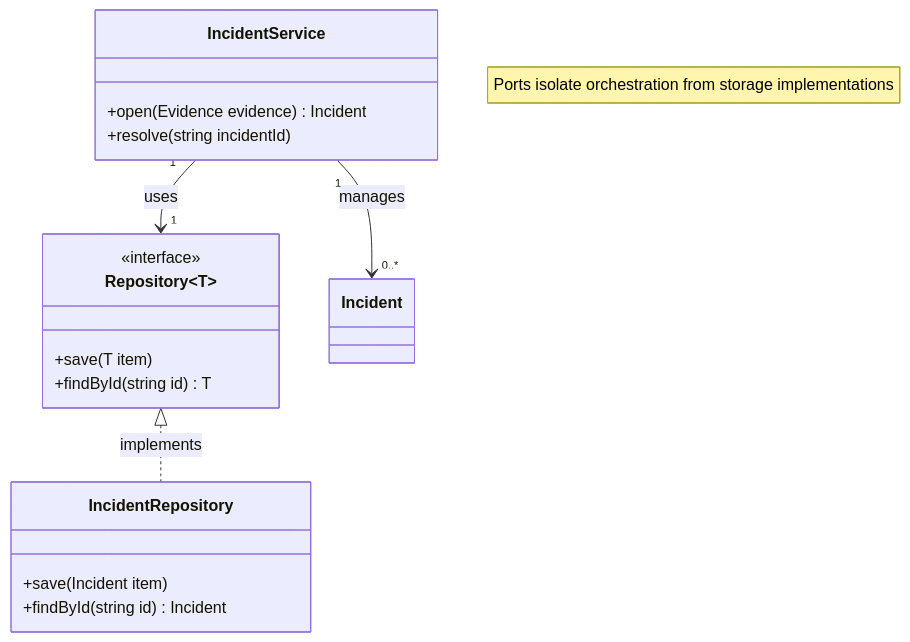
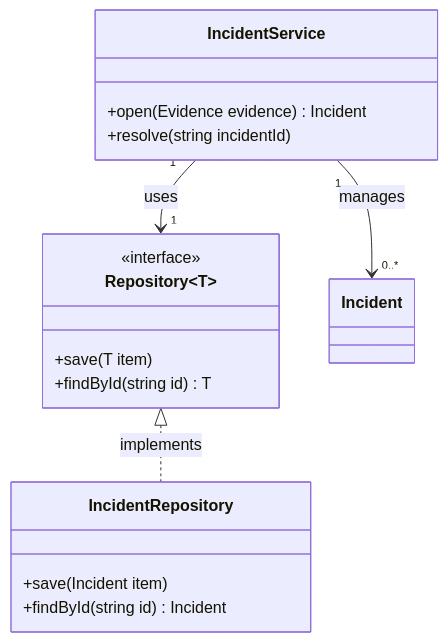
Before and after one commit to mols3131d/mols-agent-assets: the second of 4 diagrams in src/rulesync/.rulesync/skills/mols-mermaid-diagram/references/examples/class-diagram.md, drawn with Mermaid. The commit also changed other lines of this file, not shown here.

Commit message:
docs(mermaid): deepen class diagram guidance

````diff
--- a/src/rulesync/.rulesync/skills/mols-mermaid-diagram/references/examples/class-diagram.md
+++ b/src/rulesync/.rulesync/skills/mols-mermaid-diagram/references/examples/class-diagram.md
@@ -32,24 +67,24 @@
 ```mermaid
 classDiagram
-    note "Ports isolate orchestration from storage implementations"
+    class IncidentService {
+        +open(Evidence evidence) Incident
+        +resolve(string incidentId)
+    }
 
     class Repository~T~ {
         <<interface>>
         +save(T item)
         +findById(string id) T
     }
 
     class IncidentRepository {
         +save(Incident item)
         +findById(string id) Incident
     }
 
-    class IncidentService {
-        +open(Evidence evidence) Incident
-        +resolve(string incidentId)
-    }
+    class Incident
 
-    Repository~Incident~ <|.. IncidentRepository : implements
-    IncidentService "1" --> "1" Repository~Incident~ : uses
+    Repository <|.. IncidentRepository : implements
+    IncidentService "1" --> "1" Repository : uses
     IncidentService "1" --> "0..*" Incident : manages
 ```
````
